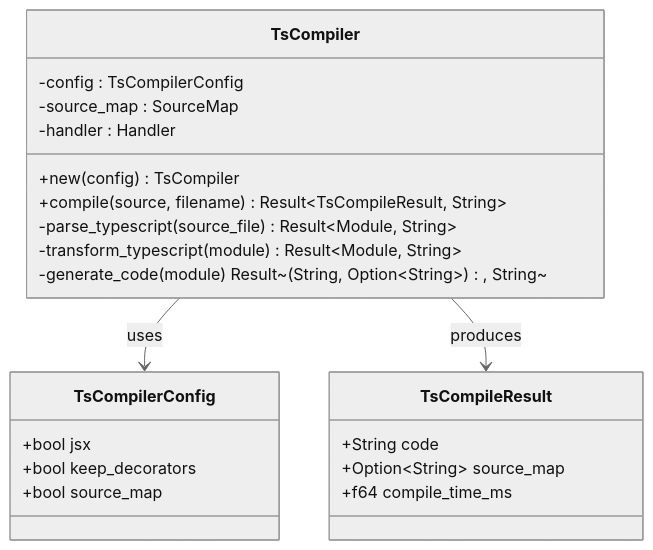
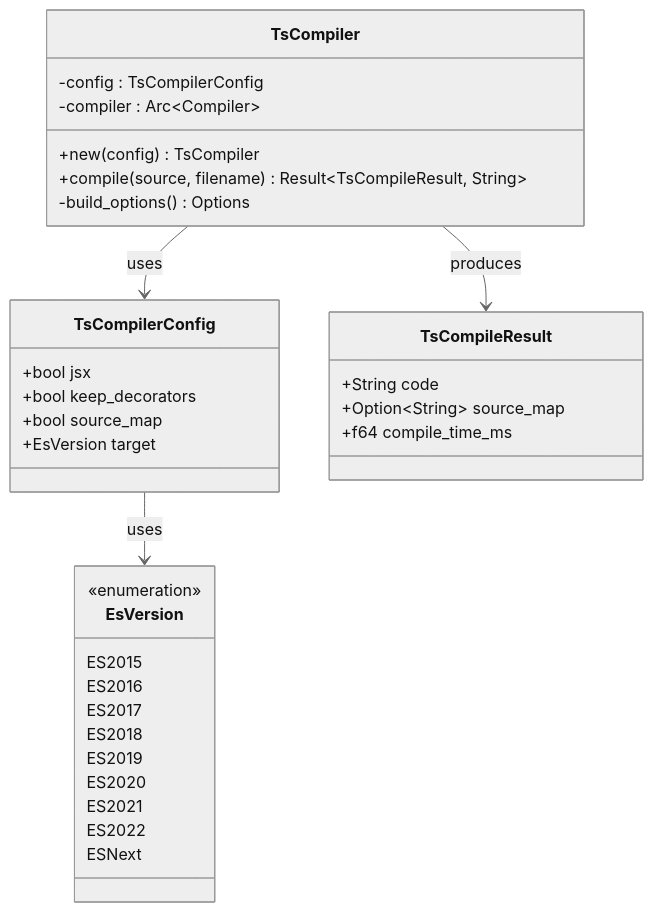
Before and after one commit to itszzl-sudo/iris: the third of 9 diagrams in .qoder/repowiki/zh/content/技术架构详解/即时转译系统/SWC 集成问题报告.md, drawn with Mermaid (neutral theme). The commit also changed other lines of this file and 5 other files, not shown here.

````diff
--- a/.qoder/repowiki/zh/content/技术架构详解/即时转译系统/SWC 集成问题报告.md
+++ b/.qoder/repowiki/zh/content/技术架构详解/即时转译系统/SWC 集成问题报告.md
@@ -129,25 +138,36 @@
 ```mermaid
 classDiagram
 class TsCompilerConfig {
 +bool jsx
 +bool keep_decorators
 +bool source_map
++EsVersion target
+}
+class EsVersion {
+<<enumeration>>
+ES2015
+ES2016
+ES2017
+ES2018
+ES2019
+ES2020
+ES2021
+ES2022
+ESNext
 }
 class TsCompileResult {
 +String code
 +Option~String~ source_map
 +f64 compile_time_ms
 }
 class TsCompiler {
 -config : TsCompilerConfig
--source_map : SourceMap
--handler : Handler
+-compiler : Arc~Compiler~
 +new(config) TsCompiler
 +compile(source, filename) Result~TsCompileResult, String~
--parse_typescript(source_file) Result~Module, String~
--transform_typescript(module) Result~Module, String~
--generate_code(module) Result~(String, Option~String~), String~
+-build_options() Options
 }
 TsCompiler --> TsCompilerConfig : uses
 TsCompiler --> TsCompileResult : produces
+TsCompilerConfig --> EsVersion : uses
 ```
````
